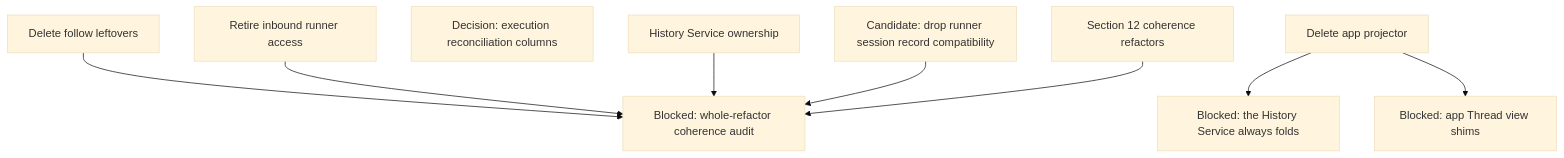
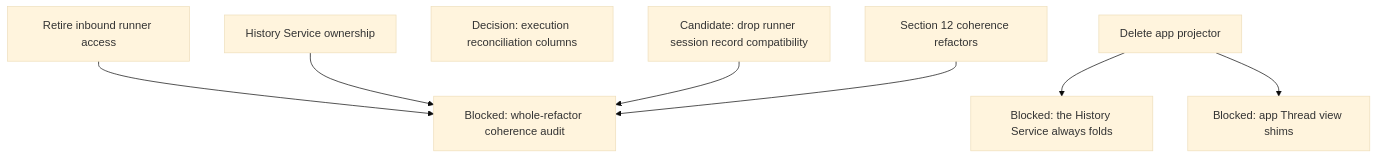
Before and after one commit to agentydragon/ducktape: diagram 11 of 13 in agentplane/plans/task_dag.md, drawn with Mermaid (base theme). The commit also changed other lines of this file and 16 other files, not shown here.

First line of the commit message:
agentplane: finish FOLLOW_PATH_RETIRE (#10001)

````diff
--- a/agentplane/plans/task_dag.md
+++ b/agentplane/plans/task_dag.md
@@ -807,15 +808,14 @@
 ```mermaid
 flowchart TD
     APP_THREAD_VIEW_CLEANUP[Blocked: app Thread view shims]
     RUNNER_SESSION_RECORD_SHIMS[Candidate: drop runner session record compatibility]
     HISTORY_FOLD_ALWAYS_ON[Blocked: the History Service always folds]
     APP_PROJECTOR_RETIRE[Delete app projector] --> HISTORY_FOLD_ALWAYS_ON
     APP_PROJECTOR_RETIRE --> APP_THREAD_VIEW_CLEANUP
     ACTION_EXECUTION_AUDIT_TRIM[Decision: execution reconciliation columns]
     REFACTOR_COHERENCE_AUDIT[Blocked: whole-refactor coherence audit]
-    FOLLOW_PATH_RETIRE[Delete follow leftovers] --> REFACTOR_COHERENCE_AUDIT
     RUNNER_INBOUND_RETIRE[Retire inbound runner access] --> REFACTOR_COHERENCE_AUDIT
     HISTORY_SERVICE_OWNERSHIP[History Service ownership] --> REFACTOR_COHERENCE_AUDIT
     RUNNER_SESSION_RECORD_SHIMS --> REFACTOR_COHERENCE_AUDIT
     COHERENCE_REFACTORS[Section 12 coherence refactors] --> REFACTOR_COHERENCE_AUDIT
 ```
````
